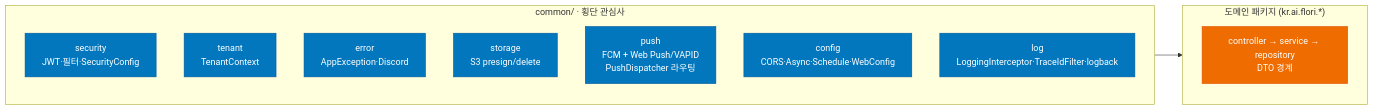
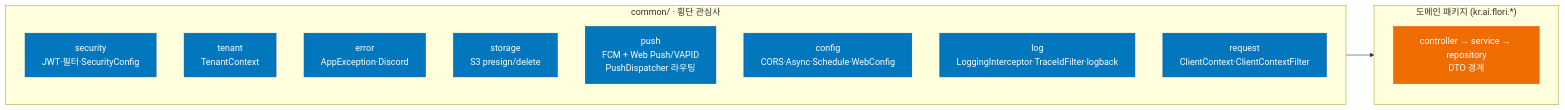
One commit to flori-ai-kr/api changed the second of 10 diagrams in docs/ARCHITECTURE.md. Above: the diagram before and after it, drawn with Mermaid. The commit also changed other lines of this file and 11 other files, not shown here.

````diff
--- a/docs/ARCHITECTURE.md
+++ b/docs/ARCHITECTURE.md
@@ -70,25 +70,26 @@
 ```mermaid
 flowchart LR
     subgraph Cross["common/ · 횡단 관심사"]
         direction TB
         CSec[security<br/>JWT·필터·SecurityConfig]
         CTen[tenant<br/>TenantContext]
         CErr[error<br/>AppException·Discord]
         CSto[storage<br/>S3 presign/delete]
         CPush[push<br/>FCM + Web Push/VAPID<br/>PushDispatcher 라우팅]
         CCfg[config<br/>CORS·Async·Schedule·WebConfig]
         CLog[log<br/>LoggingInterceptor·TraceIdFilter·logback]
+        CReq[request<br/>ClientContext·ClientContextFilter]
     end
 
     subgraph Domain["도메인 패키지 (kr.ai.flori.*)"]
         direction TB
         D[controller → service → repository<br/>DTO 경계]
     end
 
     Cross --> Domain
 
     classDef common fill:#0277bd,color:#fff,stroke:#01579b
     classDef dom fill:#ef6c00,color:#fff,stroke:#e65100
-    class CSec,CTen,CErr,CSto,CPush,CCfg,CLog common
+    class CSec,CTen,CErr,CSto,CPush,CCfg,CLog,CReq common
     class D dom
 ```
````
